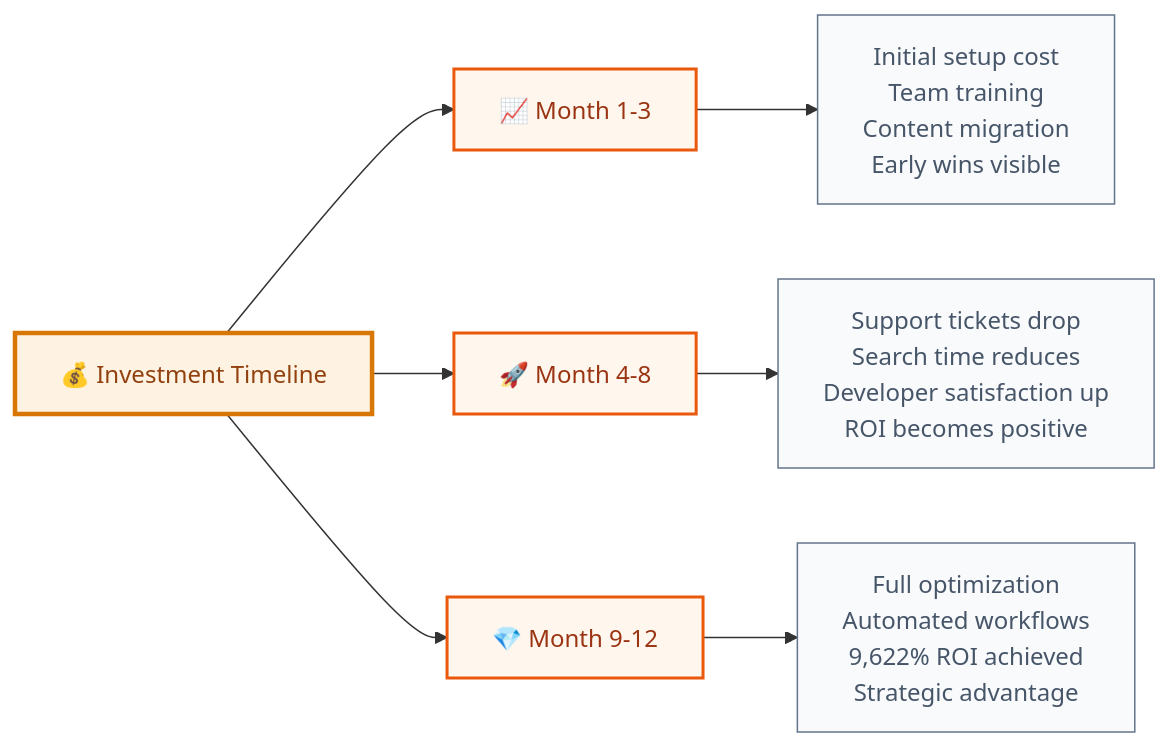
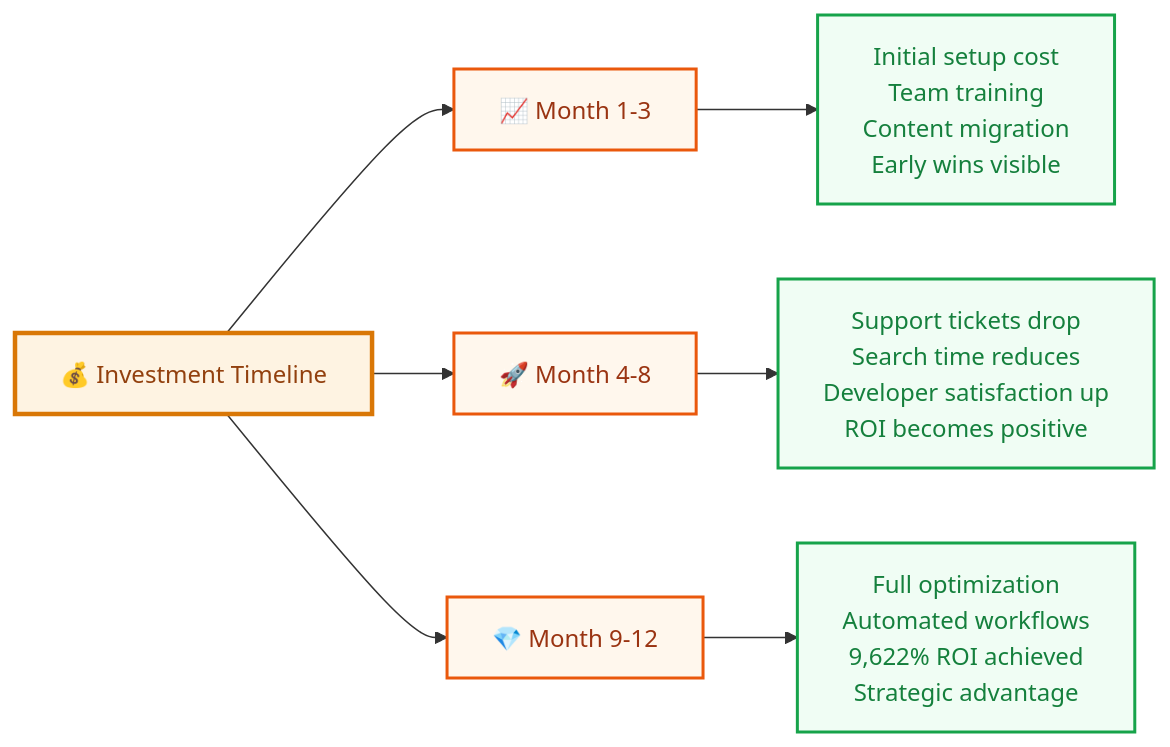
Before and after one commit to raphaelmansuy/tutorials: diagram 25 of 26 in 39-llm-documentation-complete.md, drawn with Mermaid. The commit also changed other lines of this file, not shown here.

````diff
--- a/39-llm-documentation-complete.md
+++ b/39-llm-documentation-complete.md
@@ -1529,20 +1205,22 @@
 ```mermaid
 flowchart LR
     A[💰 Investment Timeline] --> B[📈 Month 1-3]
     A --> C[🚀 Month 4-8]
     A --> D[💎 Month 9-12]
-    
+
     B --> B1[Initial setup cost<br/>Team training<br/>Content migration<br/>Early wins visible]
-    
+
     C --> C1[Support tickets drop<br/>Search time reduces<br/>Developer satisfaction up<br/>ROI becomes positive]
-    
+
     D --> D1[Full optimization<br/>Automated workflows<br/>9,622% ROI achieved<br/>Strategic advantage]
-    
+
     classDef investment fill:#fef3e2,stroke:#d97706,stroke-width:3px,color:#92400e
     classDef timeline fill:#fff7ed,stroke:#ea580c,stroke-width:2px,color:#9a3412
-    classDef outcomes fill:#f8fafc,stroke:#64748b,stroke-width:1px,color:#475569
-    
+    classDef outcomes fill:#f0fdf4,stroke:#16a34a,stroke-width:2px,color:#15803d
+    classDef benefits fill:#f8fafc,stroke:#64748b,stroke-width:1px,color:#475569
+
     class A investment
     class B,C,D timeline
     class B1,C1,D1 outcomes
+    class B2,C2,D3 benefits
 ```
````
